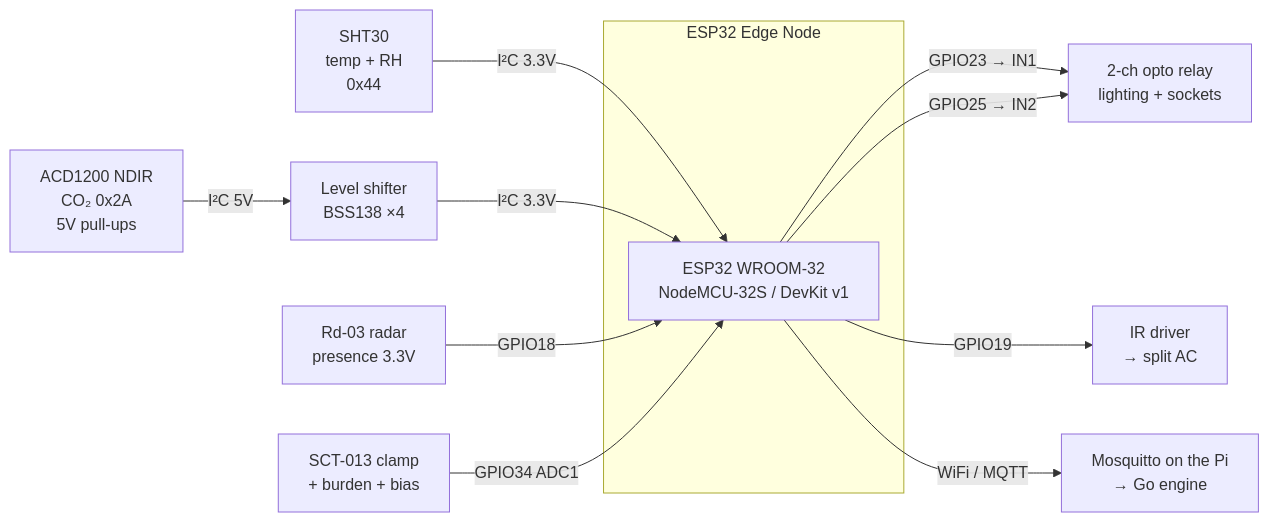
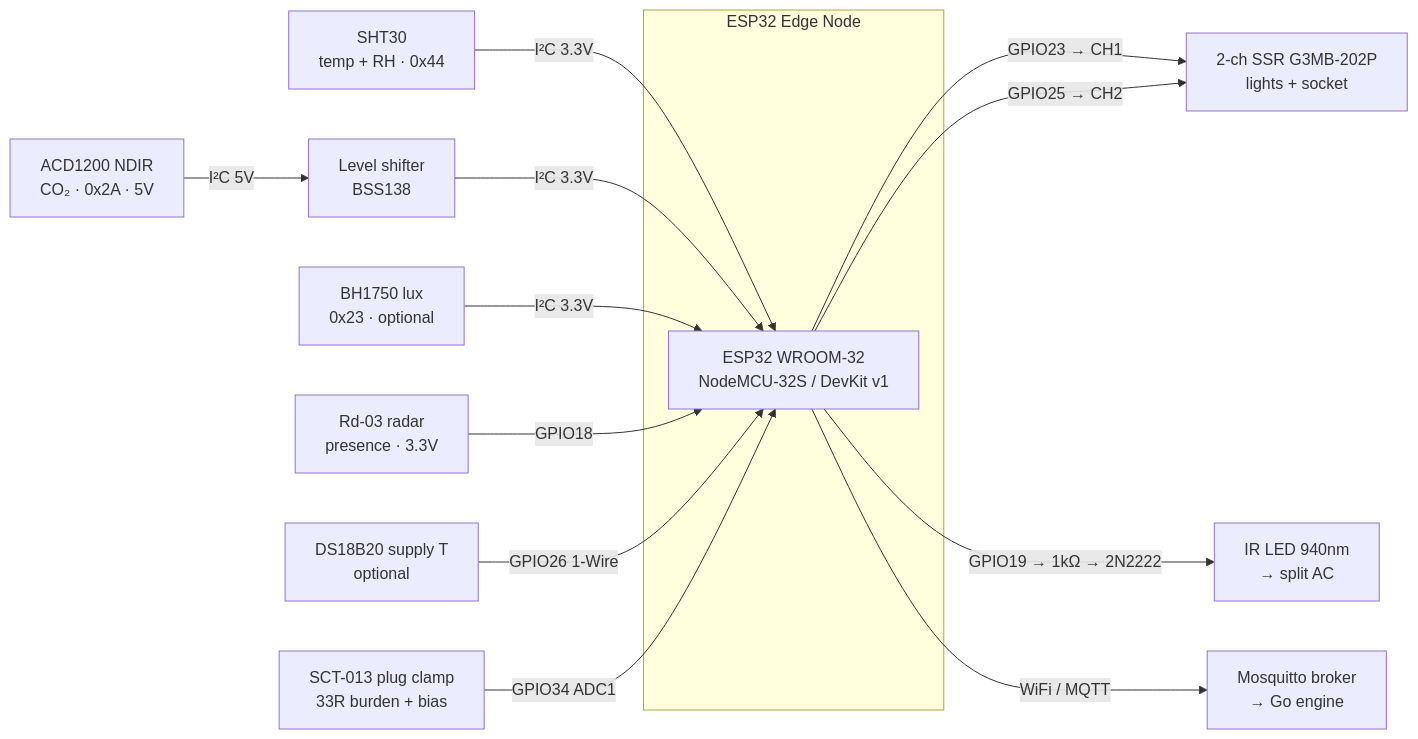
Before and after one commit to mosaicmatte/econ: the diagram in edge/WIRING.md, drawn with Mermaid. The commit also changed other lines of this file, not shown here.

````diff
--- a/edge/WIRING.md
+++ b/edge/WIRING.md
@@ -65,15 +65,17 @@
 ```mermaid
 flowchart LR
   subgraph N["ESP32 Edge Node"]
     E["ESP32 WROOM-32<br/>NodeMCU-32S / DevKit v1"]
   end
-  SHT["SHT30<br/>temp + RH<br/>0x44"] -- "I²C 3.3V" --> E
-  LS["Level shifter<br/>BSS138 ×4"] -- "I²C 3.3V" --> E
-  CO2["ACD1200 NDIR<br/>CO₂ 0x2A<br/>5V pull-ups"] -- "I²C 5V" --> LS
-  RAD["Rd-03 radar<br/>presence 3.3V"] -- "GPIO18" --> E
-  CT["SCT-013 clamp<br/>+ burden + bias"] -- "GPIO34 ADC1" --> E
-  E -- "GPIO23 → IN1" --> RL["2-ch opto relay<br/>lighting + sockets"]
-  E -- "GPIO25 → IN2" --> RL
-  E -- "GPIO19" --> IR["IR driver<br/>→ split AC"]
-  E -- "WiFi / MQTT" --> BR["Mosquitto on the Pi<br/>→ Go engine"]
+  SHT["SHT30<br/>temp + RH · 0x44"] -- "I²C 3.3V" --> E
+  LS["Level shifter<br/>BSS138"] -- "I²C 3.3V" --> E
+  CO2["ACD1200 NDIR<br/>CO₂ · 0x2A · 5V"] -- "I²C 5V" --> LS
+  LUX["BH1750 lux<br/>0x23 · optional"] -- "I²C 3.3V" --> E
+  RAD["Rd-03 radar<br/>presence · 3.3V"] -- "GPIO18" --> E
+  DS["DS18B20 supply T<br/>optional"] -- "GPIO26 1-Wire" --> E
+  CT["SCT-013 plug clamp<br/>33R burden + bias"] -- "GPIO34 ADC1" --> E
+  E -- "GPIO23 → CH1" --> SSR["2-ch SSR G3MB-202P<br/>lights + socket"]
+  E -- "GPIO25 → CH2" --> SSR
+  E -- "GPIO19 → 1kΩ → 2N2222" --> IR["IR LED 940nm<br/>→ split AC"]
+  E -- "WiFi / MQTT" --> BR["Mosquitto broker<br/>→ Go engine"]
 ```
````
